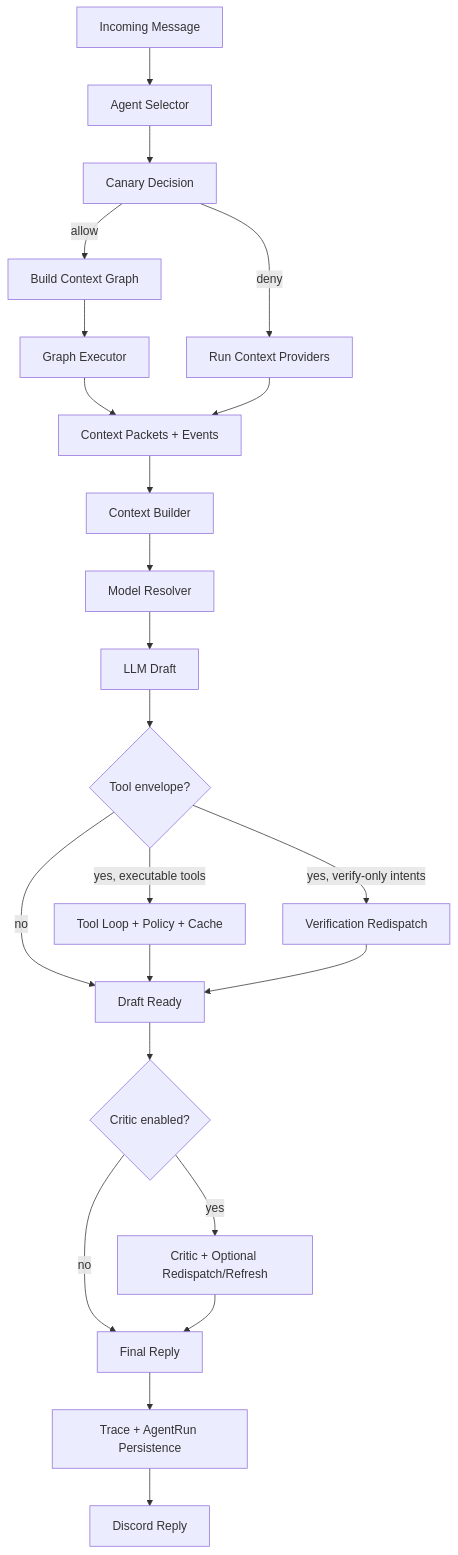
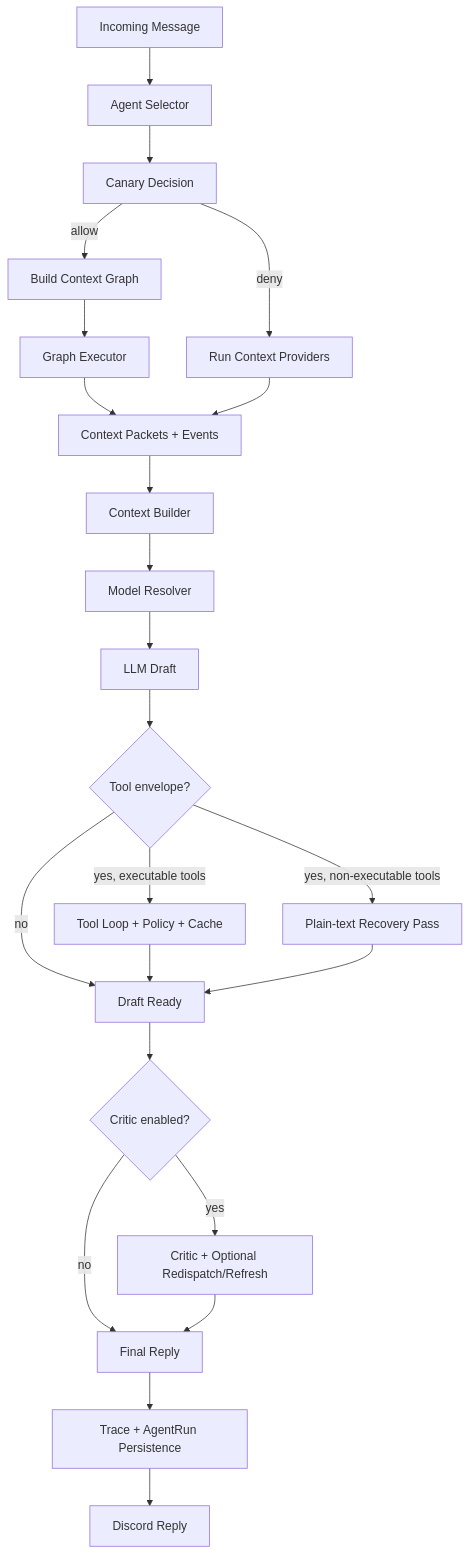
The first of 2 diagrams in docs/AGENTIC_ARCHITECTURE.md (BokX1/Sage), drawn with Mermaid before and after one commit. The commit also changed other lines of this file and 5 other files, not shown here.

Commit message:
docs: align runtime architecture and budget guidance with current code

````diff
--- a/docs/AGENTIC_ARCHITECTURE.md
+++ b/docs/AGENTIC_ARCHITECTURE.md
@@ -82,31 +84,31 @@
 ```mermaid
 flowchart TD
     A[Incoming Message] --> B[Agent Selector]
     B --> C[Canary Decision]
 
     C -->|allow| D[Build Context Graph]
     C -->|deny| E[Run Context Providers]
 
     D --> F[Graph Executor]
     F --> G[Context Packets + Events]
     E --> G
 
     G --> H[Context Builder]
     H --> I[Model Resolver]
     I --> J[LLM Draft]
 
     J --> K{Tool envelope?}
     K -->|yes, executable tools| L[Tool Loop + Policy + Cache]
-    K -->|yes, verify-only intents| M[Verification Redispatch]
+    K -->|yes, non-executable tools| M[Plain-text Recovery Pass]
     K -->|no| N[Draft Ready]
     L --> N
     M --> N
 
     N --> O{Critic enabled?}
     O -->|yes| P[Critic + Optional Redispatch/Refresh]
     O -->|no| Q[Final Reply]
     P --> Q
 
     Q --> R[Trace + AgentRun Persistence]
     R --> S[Discord Reply]
 ```
````
